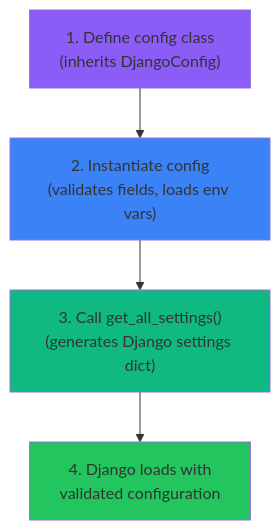
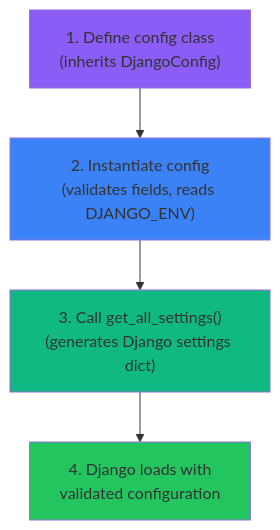
One commit to markolofsen/django-cfg changed the first of 2 diagrams in docs/getting-started/intro.mdx. Above: the diagram before and after it, drawn with Mermaid. The commit also changed other lines of this file and 356 other files, not shown here.

````diff
--- a/docs/getting-started/intro.mdx
+++ b/docs/getting-started/intro.mdx
@@ -437,11 +358,11 @@
 ```mermaid
 graph TB
-    A["1. Define config class<br/>(inherits DjangoConfig)"] --> B["2. Instantiate config<br/>(validates fields, loads env vars)"]
+    A["1. Define config class<br/>(inherits DjangoConfig)"] --> B["2. Instantiate config<br/>(validates fields, reads DJANGO_ENV)"]
     B --> C["3. Call get_all_settings()<br/>(generates Django settings dict)"]
     C --> D["4. Django loads with<br/>validated configuration"]
 
     style A fill:#8b5cf6
     style B fill:#3b82f6
     style C fill:#10b981
     style D fill:#22c55e
 ```
````
